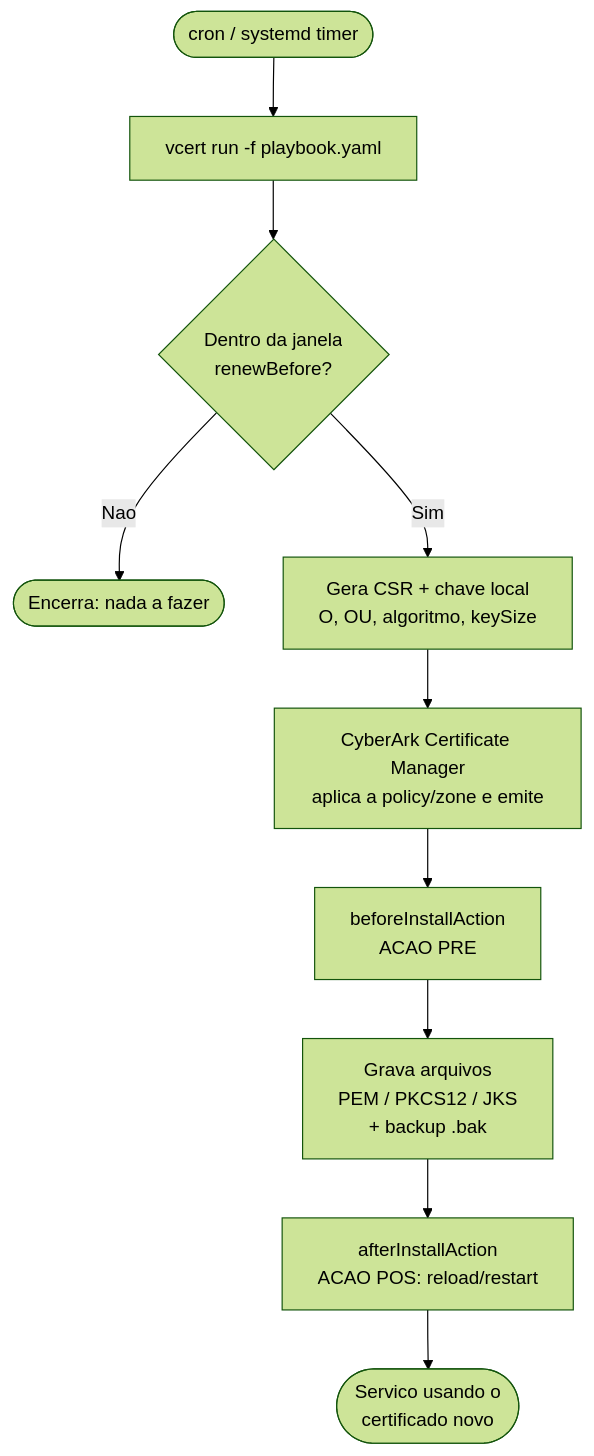
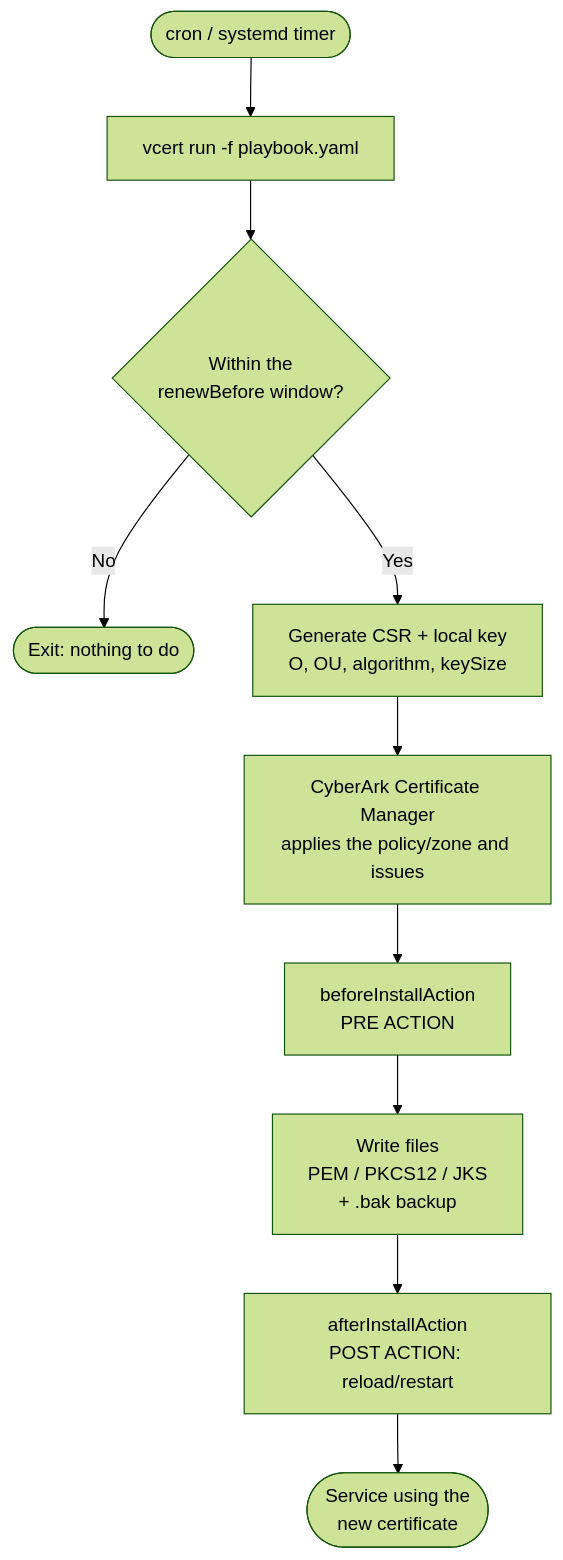
One commit to aslancarlos/vcert-examples changed the first of 10 diagrams in docs/architecture.md. Above: the diagram before and after it, drawn with Mermaid (forest theme). The commit also changed other lines of this file and 35 other files, not shown here.

````diff
--- a/docs/architecture.md
+++ b/docs/architecture.md
@@ -7,12 +7,12 @@
 ```mermaid
 flowchart TD
     A([cron / systemd timer]) --> B[vcert run -f playbook.yaml]
-    B --> C{Dentro da janela<br/>renewBefore?}
-    C -- Nao --> Z([Encerra: nada a fazer])
-    C -- Sim --> D[Gera CSR + chave local<br/>O, OU, algoritmo, keySize]
-    D --> E[CyberArk Certificate Manager<br/>aplica a policy/zone e emite]
-    E --> F[beforeInstallAction<br/>ACAO PRE]
-    F --> G[Grava arquivos<br/>PEM / PKCS12 / JKS<br/>+ backup .bak]
-    G --> H[afterInstallAction<br/>ACAO POS: reload/restart]
-    H --> I([Servico usando o<br/>certificado novo])
+    B --> C{Within the<br/>renewBefore window?}
+    C -- No --> Z([Exit: nothing to do])
+    C -- Yes --> D[Generate CSR + local key<br/>O, OU, algorithm, keySize]
+    D --> E[CyberArk Certificate Manager<br/>applies the policy/zone and issues]
+    E --> F[beforeInstallAction<br/>PRE ACTION]
+    F --> G[Write files<br/>PEM / PKCS12 / JKS<br/>+ .bak backup]
+    G --> H[afterInstallAction<br/>POST ACTION: reload/restart]
+    H --> I([Service using the<br/>new certificate])
 ```
````
